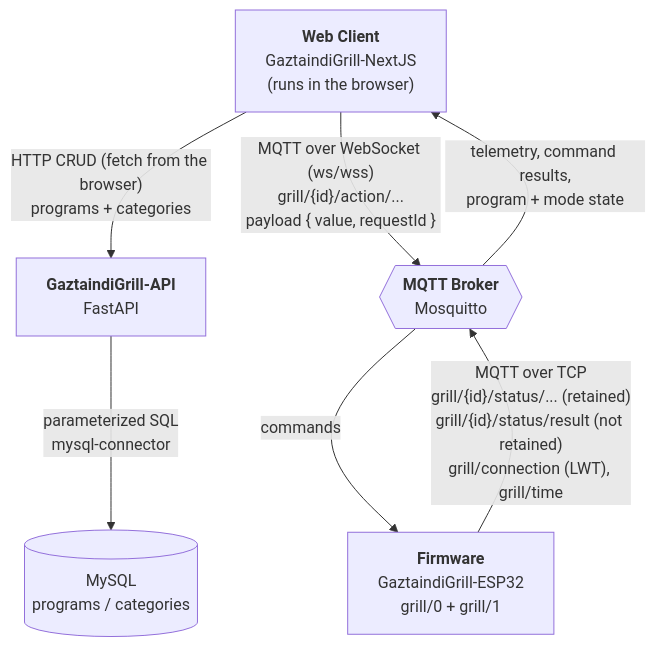
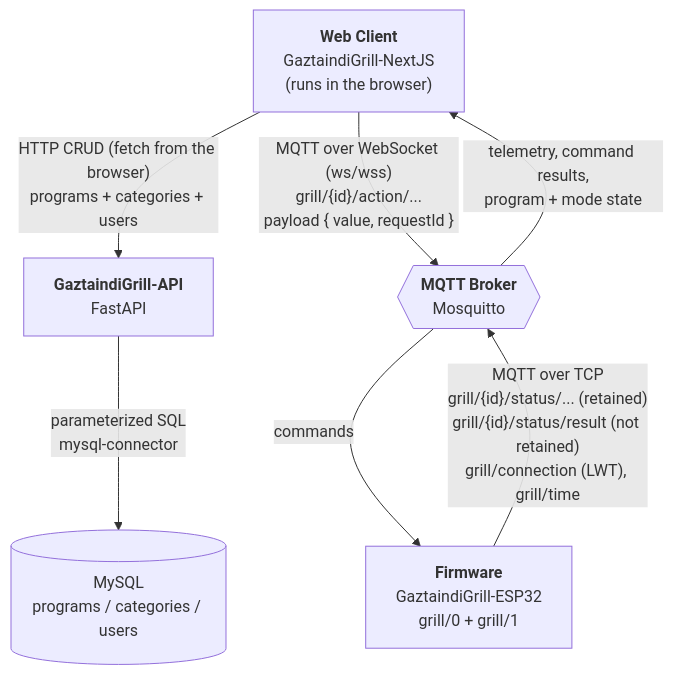
One commit to izeta8/GaztaindiGrill changed the diagram in CLAUDE.md. Above: the diagram before and after it, drawn with Mermaid. The commit also changed other lines of this file and 3 other files, not shown here.

````diff
--- a/CLAUDE.md
+++ b/CLAUDE.md
@@ -52,16 +52,16 @@
 ```mermaid
 flowchart TB
     WEB["<b>Web Client</b><br/>GaztaindiGrill-NextJS<br/>(runs in the browser)"]
     API["<b>GaztaindiGrill-API</b><br/>FastAPI"]
-    DB[("MySQL<br/>programs / categories")]
+    DB[("MySQL<br/>programs / categories / users")]
     BROKER{{"<b>MQTT Broker</b><br/>Mosquitto"}}
     ESP["<b>Firmware</b><br/>GaztaindiGrill-ESP32<br/>grill/0 + grill/1"]
 
-    WEB -->|"HTTP CRUD (fetch from the browser)<br/>programs + categories"| API
+    WEB -->|"HTTP CRUD (fetch from the browser)<br/>programs + categories + users"| API
     API -->|"parameterized SQL<br/>mysql-connector"| DB
 
     WEB -->|"MQTT over WebSocket (ws/wss)<br/>grill/{id}/action/...<br/>payload { value, requestId }"| BROKER
     BROKER -->|"commands"| ESP
     ESP -->|"MQTT over TCP<br/>grill/{id}/status/... (retained)<br/>grill/{id}/status/result (not retained)<br/>grill/connection (LWT), grill/time"| BROKER
     BROKER -->|"telemetry, command results,<br/>program + mode state"| WEB
 ```
````
